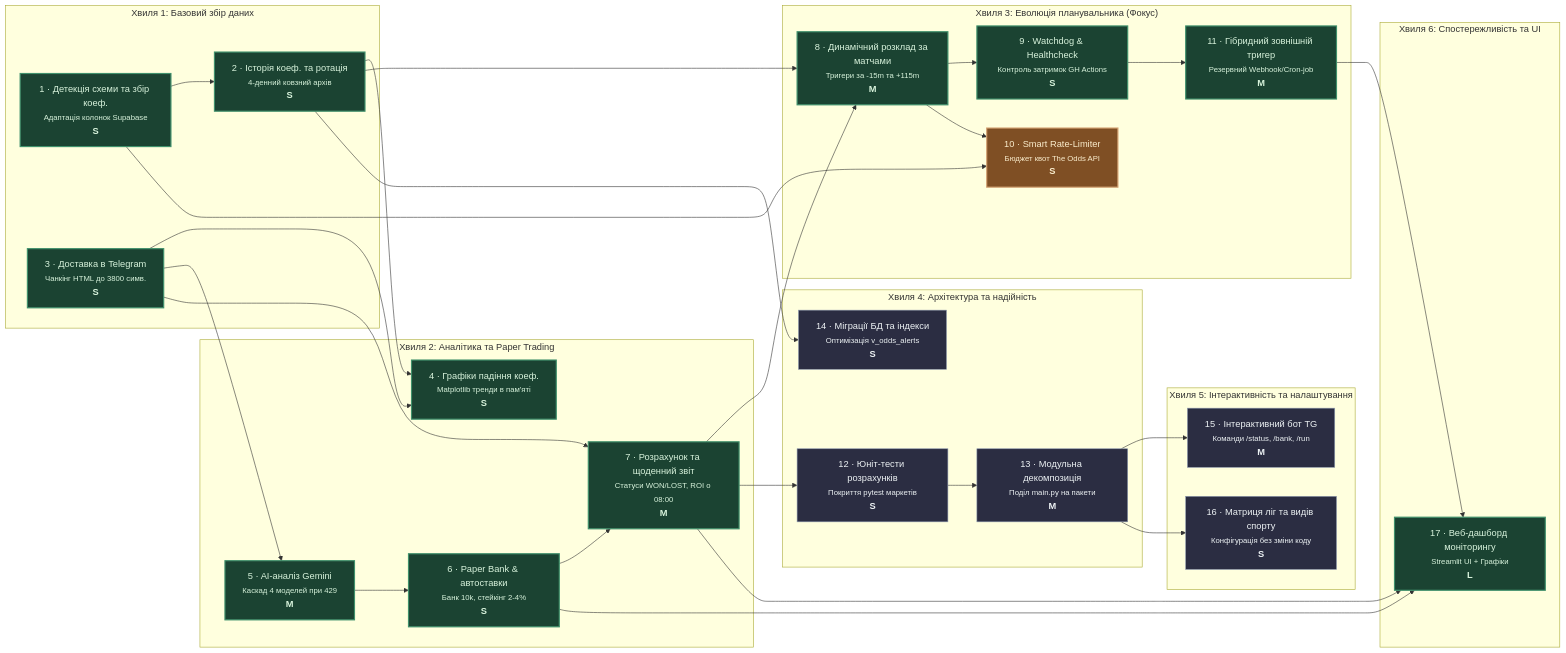
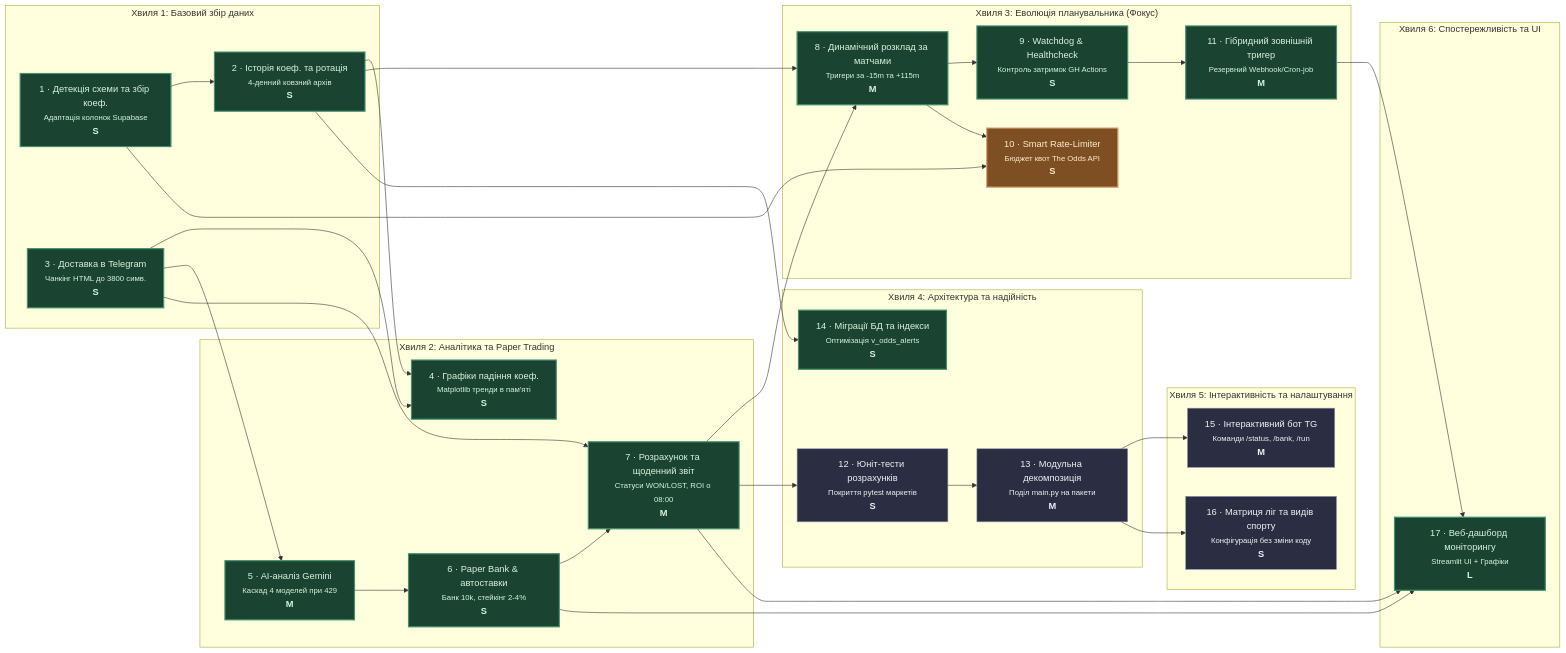
Before and after one commit to vsymchak/StatMonitor: the diagram in docs/roadmap-diagram.md, drawn with Mermaid. The commit also changed other lines of this file and 10 other files, not shown here.

Commit message:
feat: implement dedicated DB migrations, index optimization and v_odds_alerts view (step 14)

````diff
--- a/docs/roadmap-diagram.md
+++ b/docs/roadmap-diagram.md
@@ -8,73 +8,73 @@
 ```mermaid
 flowchart LR
     classDef shipped fill:#1b4332,stroke:#40916c,color:#d8f3dc,stroke-width:2px;
     classDef in_progress fill:#7f4f24,stroke:#d4a373,color:#faedcd,stroke-width:2px;
     classDef idea fill:#2b2d42,stroke:#8d99ae,color:#edf2f4,stroke-width:1px;
     classDef fog fill:#1e1e24,stroke:#4a4e69,color:#9a8c98,stroke-width:1px,stroke-dasharray: 4 4;
 
     subgraph Wave1["Хвиля 1: Базовий збір даних"]
         1["1 · Детекція схеми та збір коеф.<br><small>Адаптація колонок Supabase</small><br><b>S</b>"]:::shipped
         2["2 · Історія коеф. та ротація<br><small>4-денний ковзний архів</small><br><b>S</b>"]:::shipped
         3["3 · Доставка в Telegram<br><small>Чанкінг HTML до 3800 симв.</small><br><b>S</b>"]:::shipped
     end
 
     subgraph Wave2["Хвиля 2: Аналітика та Paper Trading"]
         4["4 · Графіки падіння коеф.<br><small>Matplotlib тренди в пам'яті</small><br><b>S</b>"]:::shipped
         5["5 · AI-аналіз Gemini<br><small>Каскад 4 моделей при 429</small><br><b>M</b>"]:::shipped
         6["6 · Paper Bank & автоставки<br><small>Банк 10k, стейкінг 2-4%</small><br><b>S</b>"]:::shipped
         7["7 · Розрахунок та щоденний звіт<br><small>Статуси WON/LOST, ROI о 08:00</small><br><b>M</b>"]:::shipped
     end
 
     subgraph Wave3["Хвиля 3: Еволюція планувальника (Фокус)"]
         8["8 · Динамічний розклад за матчами<br><small>Тригери за -15m та +115m</small><br><b>M</b>"]:::shipped
         9["9 · Watchdog & Healthcheck<br><small>Контроль затримок GH Actions</small><br><b>S</b>"]:::shipped
         10["10 · Smart Rate-Limiter<br><small>Бюджет квот The Odds API</small><br><b>S</b>"]:::in_progress
         11["11 · Гібридний зовнішній тригер<br><small>Резервний Webhook/Cron-job</small><br><b>M</b>"]:::shipped
     end
 
     subgraph Wave4["Хвиля 4: Архітектура та надійність"]
         12["12 · Юніт-тести розрахунків<br><small>Покриття pytest маркетів</small><br><b>S</b>"]:::idea
         13["13 · Модульна декомпозиція<br><small>Поділ main.py на пакети</small><br><b>M</b>"]:::idea
-        14["14 · Міграції БД та індекси<br><small>Оптимізація v_odds_alerts</small><br><b>S</b>"]:::idea
+        14["14 · Міграції БД та індекси<br><small>Оптимізація v_odds_alerts</small><br><b>S</b>"]:::shipped
     end
 
     subgraph Wave5["Хвиля 5: Інтерактивність та налаштування"]
         15["15 · Інтерактивний бот TG<br><small>Команди /status, /bank, /run</small><br><b>M</b>"]:::idea
         16["16 · Матриця ліг та видів спорту<br><small>Конфігурація без зміни коду</small><br><b>S</b>"]:::idea
     end
 
     subgraph Wave6["Хвиля 6: Спостережливість та UI"]
         17["17 · Веб-дашборд моніторингу<br><small>Streamlit UI + Графіки</small><br><b>L</b>"]:::shipped
     end
 
     %% Залежності Хвилі 1 і 2
     1 --> 2
     2 --> 4
     3 --> 4
     3 --> 5
     5 --> 6
     6 --> 7
     3 --> 7
 
     %% Залежності Хвилі 3 (Планувальник)
     2 --> 8
     7 --> 8
     8 --> 9
     1 --> 10
     8 --> 10
     9 --> 11
 
     %% Залежності Хвилі 4
     7 --> 12
     12 --> 13
     2 --> 14
 
     %% Залежності Хвилі 5
     13 --> 15
     13 --> 16
 
     %% Wave 6 connections
     6 --> 17
     7 --> 17
     11 --> 17
 ```
````
